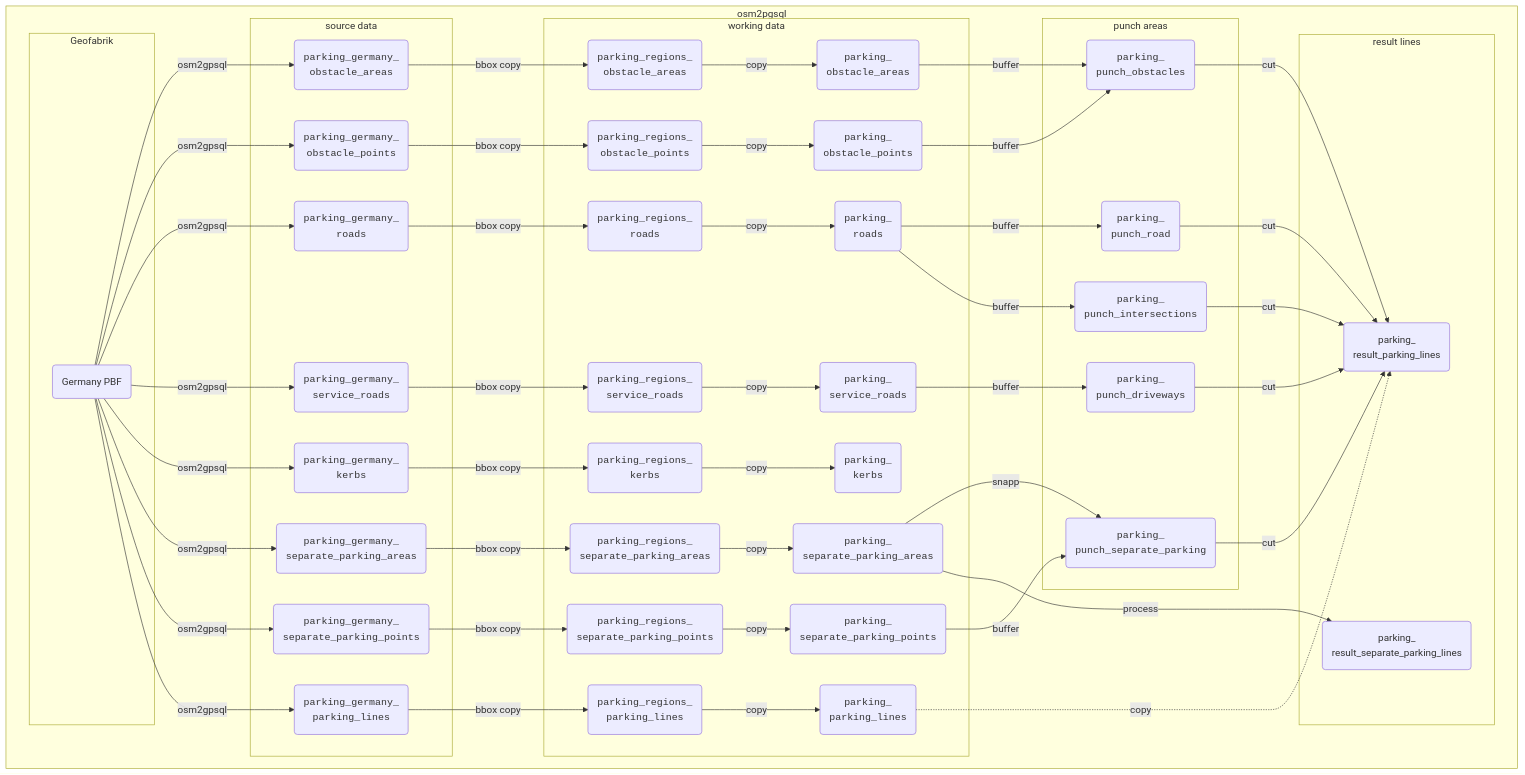
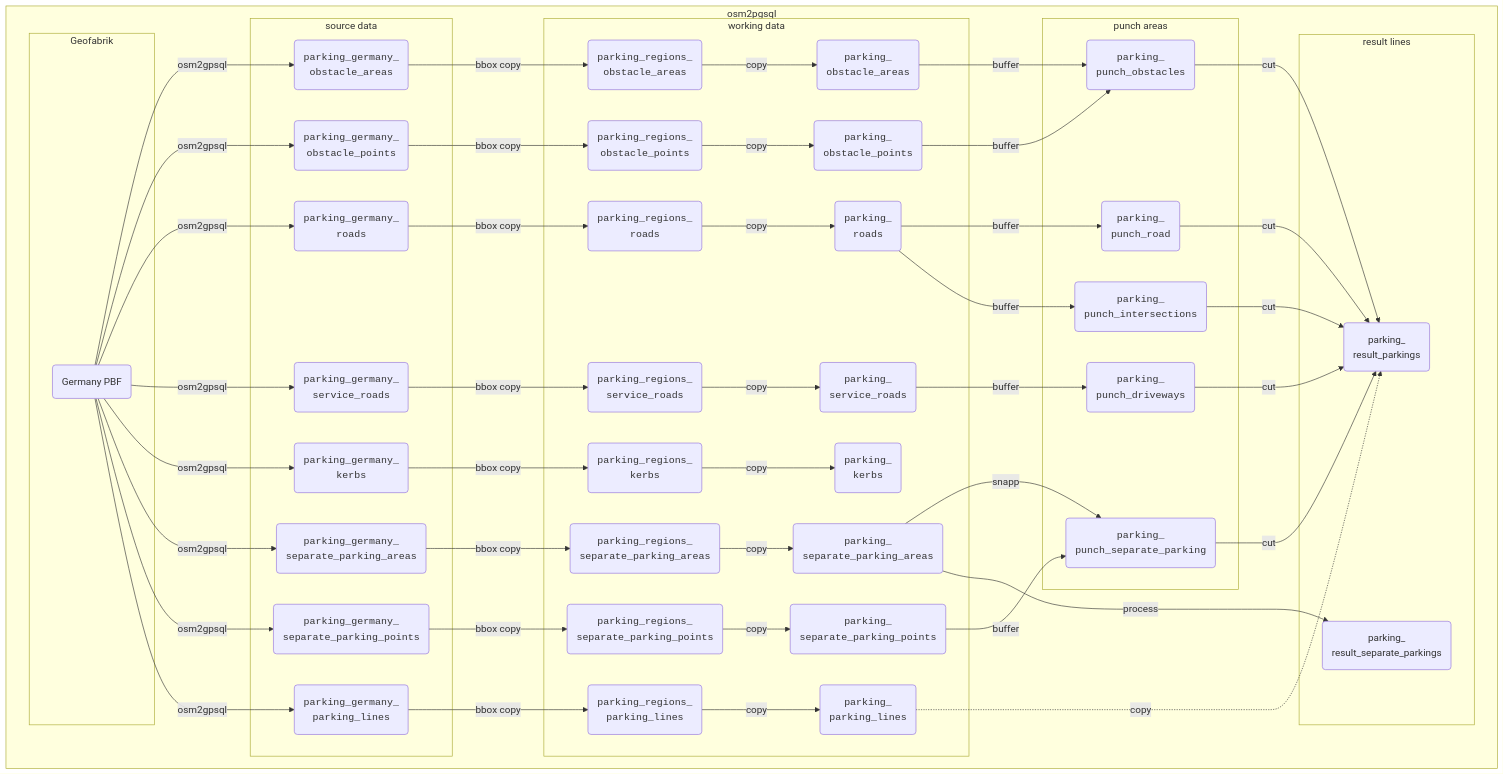
Before and after one commit to FixMyBerlin/atlas-app: the diagram in processing/topics/parking/TABLES.md, drawn with Mermaid. The commit also changed 13 other files, not shown here.

Commit message:
refactor: `parking_parking_lines` -> `parking_parkings`

````diff
--- a/processing/topics/parking/TABLES.md
+++ b/processing/topics/parking/TABLES.md
@@ -5,66 +5,66 @@
 ```mermaid
 %%{init: {"flowchart": {"htmlLabels": true}} }%%
 flowchart TB
     subgraph sql ["osm2pgsql"]
         subgraph osm ["Geofabrik"]
             nn("Germany PBF")
         end
         subgraph sg_table ["source data"]
             nn -->|"osm2gpsql"| SGOA("<code>parking_germany_<br>obstacle_areas</code>")
             nn -->|"osm2gpsql"| SGOP("<code>parking_germany_<br>obstacle_points</code>")
             nn -->|"osm2gpsql"| SGR("<code>parking_germany_<br>roads</code>")
             nn -->|"osm2gpsql"| SGSR("<code>parking_germany_<br>service_roads</code>")
             nn -->|"osm2gpsql"| SGK("<code>parking_germany_<br>kerbs</code>")
             nn  -->|"osm2gpsql"| SGSPA("<code>parking_germany_<br>separate_parking_areas</code>")
             nn  -->|"osm2gpsql"| SGSPP("<code>parking_germany_<br>separate_parking_points</code>")
             nn -->|"osm2gpsql"| SGPL("<code>parking_germany_<br>parking_lines</code>")
             %% We copy all roads and add the attribute parking=yes, parking=missing.
             %% We handle dual carridgeway as parking=not_expected
             %% We copy service_roads only on those cases where there is explicit parking as parking=yes
             %% We add highway=\* so we can see the service roads.
             %% DELETE: SGPL1:::labelStyle@{label: "fa:fa-tag roads with parking"} -.- SGPL
             %% DELETE: SGPL2:::labelStyle@{label: "fa:fa-tag service roads with parking"} -.- SGPL
         end
     end
     subgraph sql ["SQL"]
         subgraph init_step ["working data"]
             SGOA -->|"bbox copy"| SROA("<code>parking_regions_<br>obstacle_areas</code>")
             SGOP -->|"bbox copy"| SROP("<code>parking_regions_<br>obstacle_points</code>")
             SGR -->|"bbox copy"| SRR("<code>parking_regions_<br>roads</code>")
             SGSR  -->|"bbox copy"| SRSR("<code>parking_regions_<br>service_roads</code>")
             SGK  -->|"bbox copy"| SRK("<code>parking_regions_<br>kerbs</code>")
             SGPL  -->|"bbox copy"| SRPL("<code>parking_regions_<br>parking_lines</code>")
             SGSPA  -->|"bbox copy"| SRSPA("<code>parking_regions_<br>separate_parking_areas</code>")
             SGSPP  -->|"bbox copy"| SRSPP("<code>parking_regions_<br>separate_parking_points</code>")
 
             SROA -->|"copy"| OA("<code>parking_<br>obstacle_areas</code>")
             SROP -->|"copy"| OP("<code>parking_<br>obstacle_points</code>")
             SRR -->|"copy"| R("<code>parking_<br>roads</code>")
             SRSR  -->|"copy"| SR("<code>parking_<br>service_roads</code>")
             SRK  -->|"copy"| K("<code>parking_<br>kerbs</code>")
             SRPL  -->|"copy"| PL("<code>parking_<br>parking_lines</code>")
             SRSPA  -->|"copy"| PA("<code>parking_<br>separate_parking_areas</code>")
             SRSPP  -->|"copy"| PP("<code>parking_<br>separate_parking_points</code>")
         end
         subgraph punch ["punch areas"]
             OA -->|"buffer"| PAO("<code>parking_<br>punch_obstacles</code>")
             OP -->|"buffer"| PAO
             R -->|"buffer"| PARA("<code>parking_<br>punch_road</code>")
             SR  -->|"buffer"| PAD("<code>parking_<br>punch_driveways</code>")
             R -->|"buffer"| PAC("<code>parking_<br>punch_intersections</code>")
             PA  -->|"snapp"| PSP("<code>parking_<br>punch_separate_parking</code>")
             PP  -->|"buffer"| PSP
         end
         subgraph result ["result lines"]
             PL -.->|"copy"| RPL
-            PA -->|"process"| RSPL("parking_<br>result_separate_parking_lines")
-            PARA -->|"cut"| RPL("parking_<br>result_parking_lines")
+            PA -->|"process"| RSPL("parking_<br>result_separate_parkings")
+            PARA -->|"cut"| RPL("parking_<br>result_parkings")
             PAO -->|"cut"| RPL
             PAD -->|"cut"| RPL
             PAC -->|"cut"| RPL
             PSP -->|"cut"| RPL
         end
     end
 
 classDef labelStyle fill:lightgray,stroke:white,stroke-width:1px;
 ```
````
